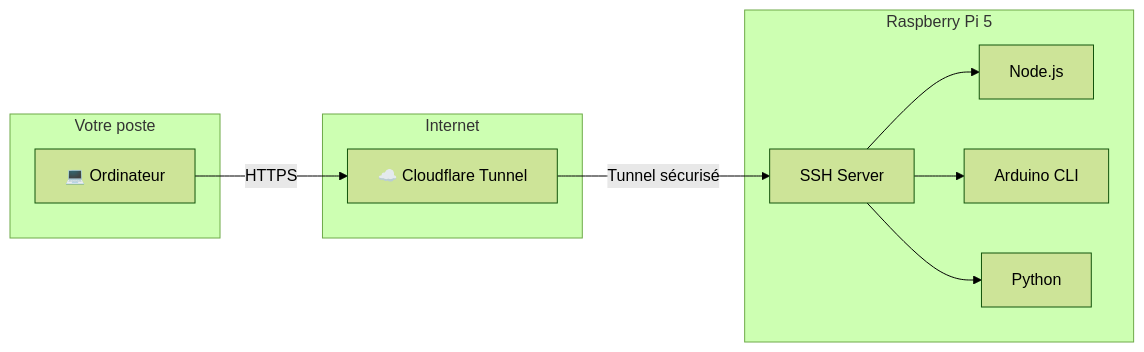
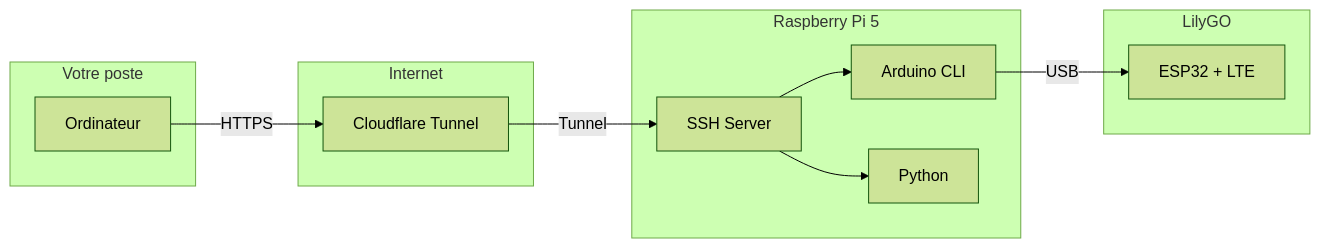
Before and after one commit to fpoisson2/243-4J5-LI: the eighth of 22 diagrams in theorie/Semaine-01/diaporama/slides.md, drawn with Mermaid (forest theme). The commit also changed other lines of this file and 2 other files, not shown here.

````diff
--- a/theorie/Semaine-01/diaporama/slides.md
+++ b/theorie/Semaine-01/diaporama/slides.md
@@ -388,23 +785,26 @@
-```mermaid {scale: 0.8}
+```mermaid {scale: 0.9}
 graph LR
-    subgraph "Votre poste"
-        PC[💻 Ordinateur]
+    subgraph Poste["Votre poste"]
+        PC[Ordinateur]
     end
 
-    subgraph "Internet"
-        CF[☁️ Cloudflare Tunnel]
+    subgraph Cloud["Internet"]
+        CF[Cloudflare Tunnel]
     end
 
-    subgraph "Raspberry Pi 5"
+    subgraph RPi["Raspberry Pi 5"]
         SSH[SSH Server]
-        NODE[Node.js]
         ARDUINO[Arduino CLI]
         PYTHON[Python]
     end
 
+    subgraph Device["LilyGO"]
+        ESP[ESP32 + LTE]
+    end
+
     PC -->|HTTPS| CF
-    CF -->|Tunnel sécurisé| SSH
-    SSH --> NODE
+    CF -->|Tunnel| SSH
     SSH --> ARDUINO
     SSH --> PYTHON
+    ARDUINO -->|USB| ESP
 ```
````
